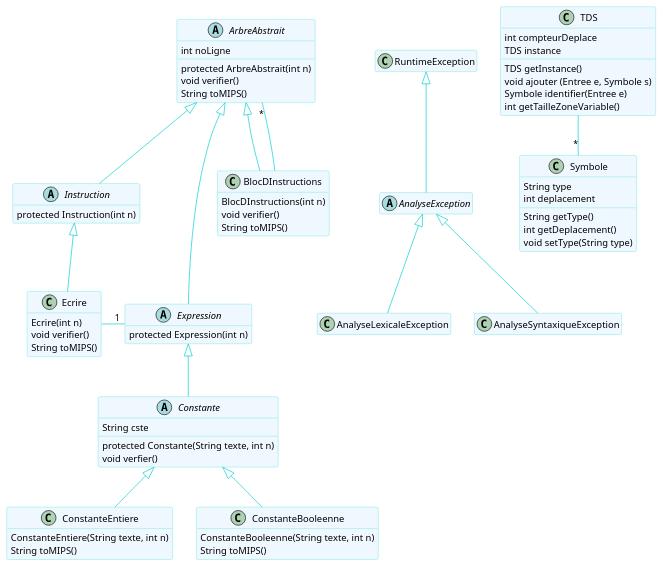
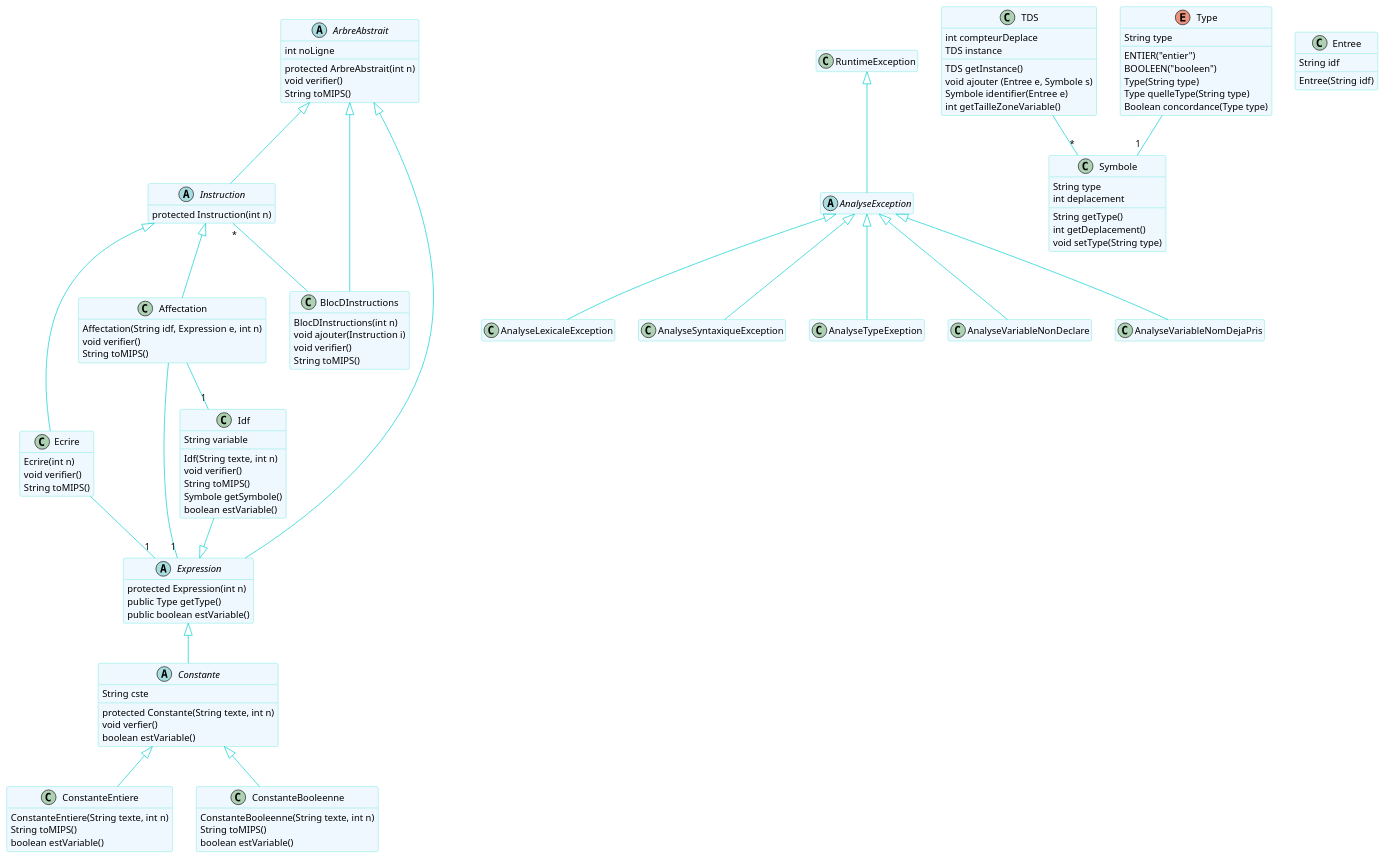
One commit to madisonnoyer54/Zoot changed the diagram in src/uml/diagramme.puml. Above: the diagram before and after it, drawn with PlantUML.

Commit message:
diagramme mise a jour

```diff
--- a/src/uml/diagramme.puml
+++ b/src/uml/diagramme.puml
@@ -1,97 +1,140 @@
 @startuml
 skinparam class {
 BackgroundColor AliceBlue
 ArrowColor DarkTurquoise
 BorderColor Turquoise
 }
 
 skinparam stereotypeCBackgroundColor DarkTurquoise
 skinparam stereotypeIBackgroundColor Magenta
 skinparam stereotypeABackgroundColor Yellow
 
 hide stereotype
 hide empty member
 
 abstract class AnalyseException
 
 AnalyseException -up-|> RuntimeException
 
 AnalyseLexicaleException -up-|> AnalyseException
 AnalyseSyntaxiqueException -up-|> AnalyseException
+AnalyseTypeExeption -up-|> AnalyseException
+AnalyseVariableNonDeclare -up-|> AnalyseException
+AnalyseVariableNomDejaPris -up-|> AnalyseException
 
 abstract class ArbreAbstrait {
    int noLigne
    protected ArbreAbstrait(int n)
    void verifier()
    String toMIPS()
 }
 
 class BlocDInstructions {
    BlocDInstructions(int n)
+   void ajouter(Instruction i)
    void verifier()
    String toMIPS()
 }
 
 BlocDInstructions -up-|> ArbreAbstrait
-BlocDInstructions -up- "*" ArbreAbstrait
+BlocDInstructions -up- "*" Instruction
 
 abstract class Instruction {
    protected Instruction(int n)
 }
 
 Instruction -up-|> ArbreAbstrait
 class Ecrire {
    Ecrire(int n)
    void verifier()
    String toMIPS()
 }
 
 Ecrire  -up-|> Instruction
 
 abstract class Expression {
    protected Expression(int n)
+   public Type getType()
+   public boolean estVariable()
 }
 
 Expression  -up-|> ArbreAbstrait
 Ecrire - "1" Expression
 
 abstract class Constante {
    String cste
    protected Constante(String texte, int n)
    void verfier()
+   boolean estVariable()
 }
 
 Constante  -up-|> Expression
 
 class ConstanteEntiere {
    ConstanteEntiere(String texte, int n)
    String toMIPS()
+    boolean estVariable()
 }
 
 class ConstanteBooleenne {
    ConstanteBooleenne(String texte, int n)
    String toMIPS()
+   boolean estVariable()
 }
 
 class TDS {
 int compteurDeplace
 TDS instance
 TDS getInstance()
 void ajouter (Entree e, Symbole s)
 Symbole identifier(Entree e)
 int getTailleZoneVariable()
 }
 
 class Symbole{
 String type
 int deplacement
 String getType()
 int getDeplacement()
 void setType(String type)
 }
 
 TDS --"*" Symbole
+Type --"1" Symbole
 
 ConstanteEntiere  -up-|> Constante
 ConstanteBooleenne  -up-|> Constante
+
+enum Type{
+ENTIER("entier")
+BOOLEEN("booleen")
+String type
+Type(String type)
+Type quelleType(String type)
+Boolean concordance(Type type)
+}
+
+class Entree{
+String idf
+Entree(String idf)
+}
+
+class Affectation {
+Affectation(String idf, Expression e, int n)
+void verifier()
+String toMIPS()
+}
+Affectation --"1" Idf
+Affectation --"1" Expression
+Affectation  -up-|> Instruction
+
+class Idf{
+String variable
+Idf(String texte, int n)
+void verifier()
+String toMIPS()
+Symbole getSymbole()
+boolean estVariable()
+}
+Idf --|> Expression
 @enduml
```
